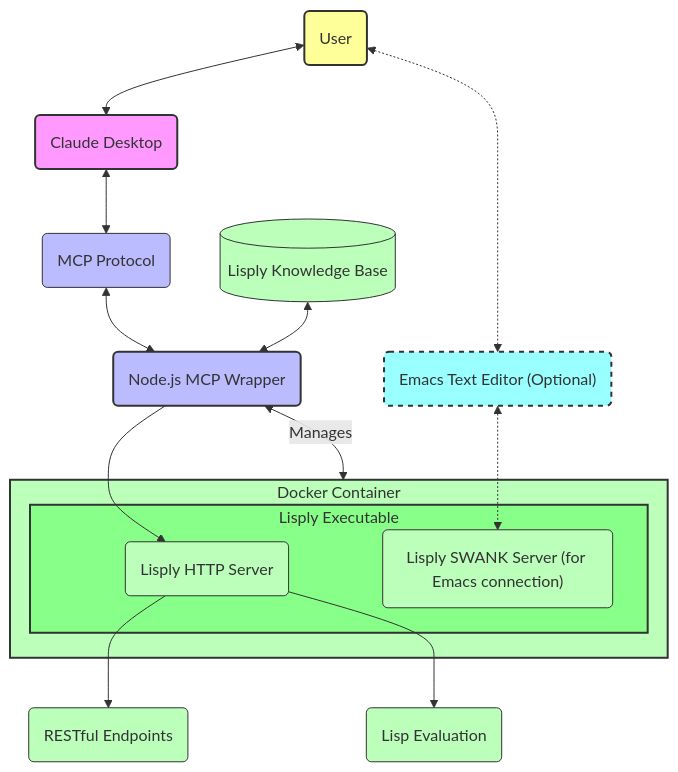
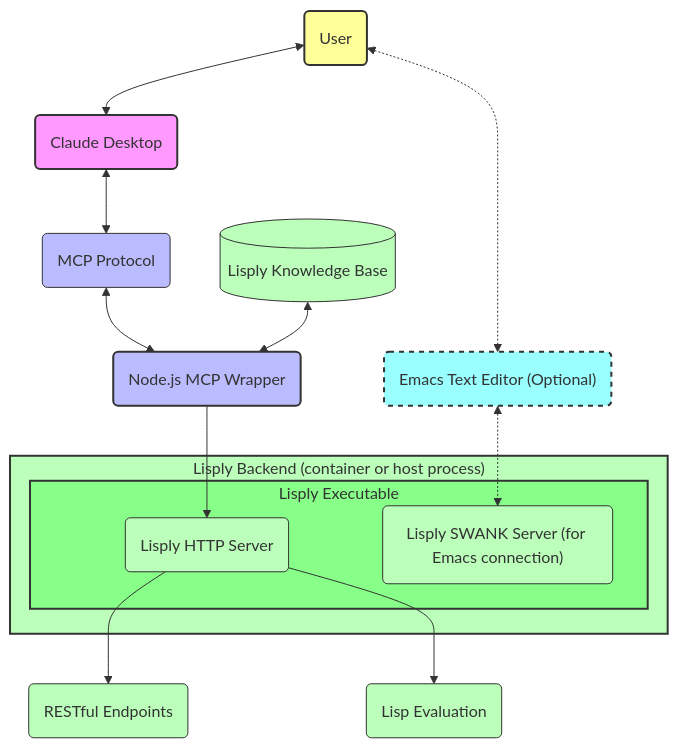
One commit to gornskew/lisply-mcp changed the diagram in README.md. Above: the diagram before and after it, drawn with Mermaid. The commit also changed other lines of this file, not shown here.

Commit message:
README: purge docs of removed docker/auto-start/stdio-mode subsystem; document actual HTTP-only wrapper (compose/mcp-exec owns lifecycle)

````diff
--- a/README.md
+++ b/README.md
@@ -267,39 +271,37 @@
 ```mermaid
 flowchart TB
     User("User") <--> Claude("Claude Desktop")
     User <-.-> Emacs("Emacs Text Editor (Optional)")
 
     Claude <--> MCP("MCP Protocol")
     MCP <--> Wrapper("Node.js MCP Wrapper")
 
     Wrapper --> LisplyHttp("Lisply HTTP Server")
     
-    subgraph Docker ["Docker Container"]
+    subgraph Backend ["Lisply Backend (container or host process)"]
     subgraph LisplyExec["Lisply Executable"]
     LisplyHttp
     LisplySwank("Lisply SWANK Server (for Emacs connection)")
     end
     end
     
-    Wrapper <-- "Manages" --> Docker
-
     Emacs <-.-> LisplySwank
     
     KB[("Lisply Knowledge Base")] <--> Wrapper
     
     LisplyHttp --> Endpoints("RESTful Endpoints")
     LisplyHttp --> LispEval("Lisp Evaluation")
     
     style User fill:#ff9,stroke:#333,stroke-width:2px
     style Claude fill:#f9f,stroke:#333,stroke-width:2px
     style Emacs fill:#9ff,stroke:#333,stroke-width:2px,stroke-dasharray:5
     style Wrapper fill:#bbf,stroke:#333,stroke-width:2px
     style MCP fill:#bbf,stroke:#333,stroke-width:1px
-    style Docker fill:#bfb,stroke:#333,stroke-width:2px
+    style Backend fill:#bfb,stroke:#333,stroke-width:2px
     style LisplyExec fill:#8f8,stroke:#333,stroke-width:2px
     style LisplyHttp fill:#bfb,stroke:#333,stroke-width:1px
     style LisplySwank fill:#bfb,stroke:#333,stroke-width:1px
     style KB fill:#bfb,stroke:#333,stroke-width:1px
     style Endpoints fill:#bfb,stroke:#333,stroke-width:1px
     style LispEval fill:#bfb,stroke:#333,stroke-width:1px
 ```
````
